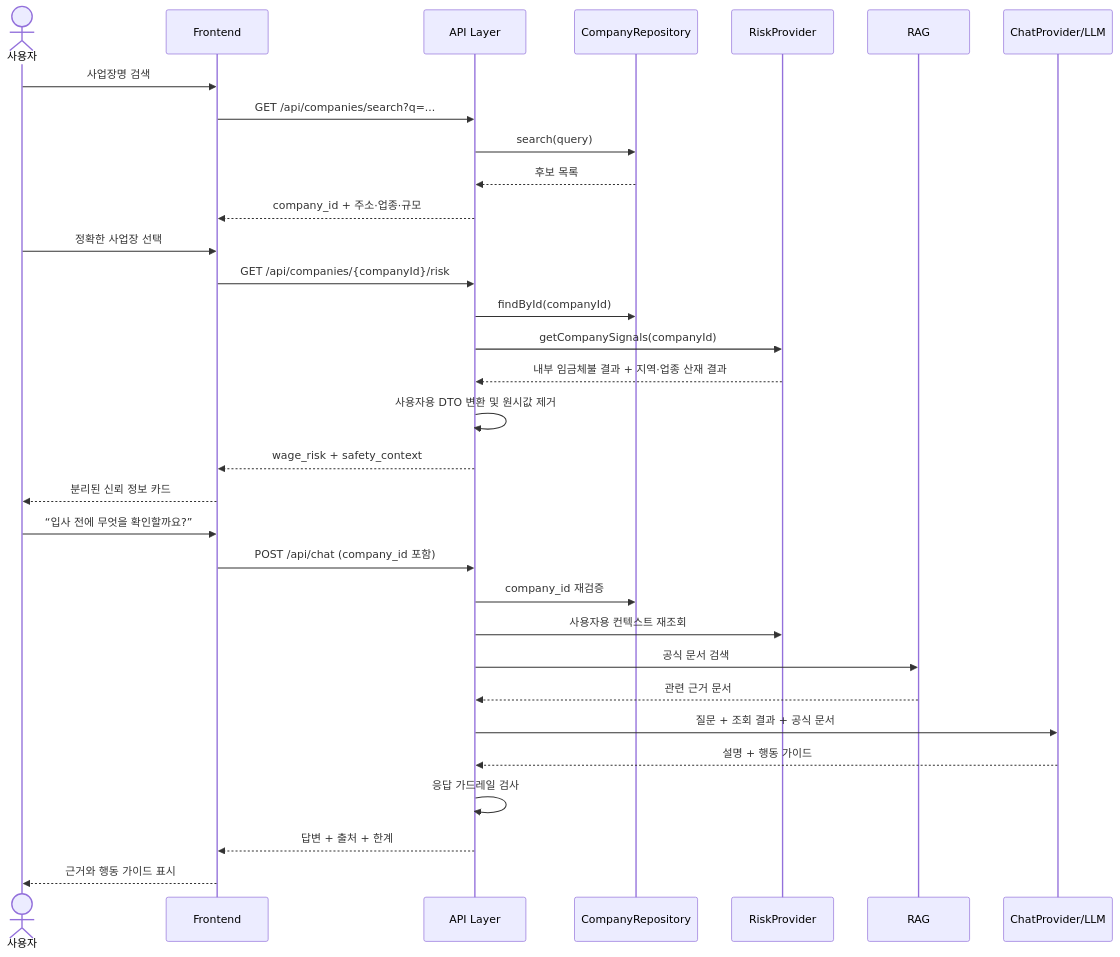
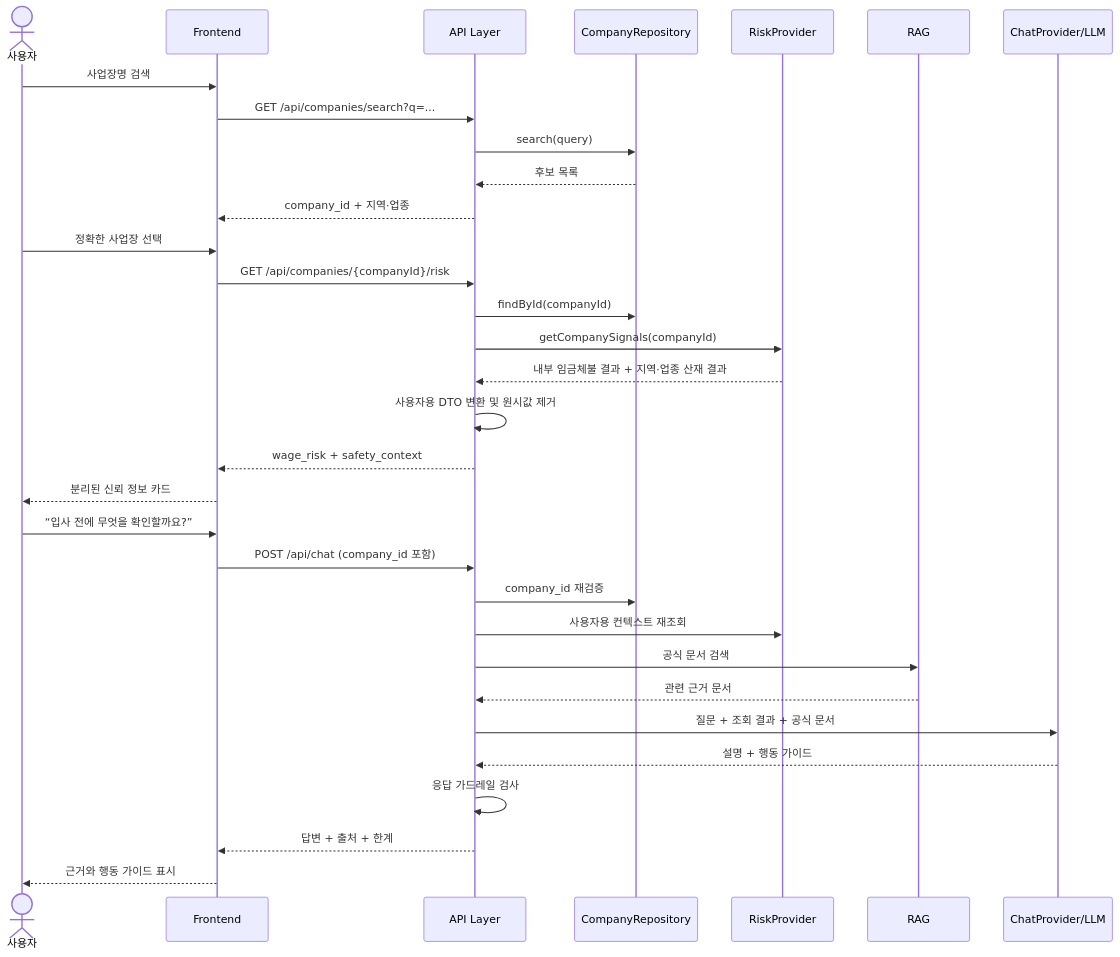
The second of 3 diagrams in product/docs/system-architecture.md (SeD-ShallweData/2nd_Side2026_Project), drawn with Mermaid before and after one commit. The commit also changed other lines of this file and 51 other files, not shown here.

````diff
--- a/product/docs/system-architecture.md
+++ b/product/docs/system-architecture.md
@@ -277,35 +279,35 @@
 ```mermaid
 sequenceDiagram
     actor U as 사용자
     participant F as Frontend
     participant A as API Layer
     participant C as CompanyRepository
     participant P as RiskProvider
     participant R as RAG
     participant L as ChatProvider/LLM
 
     U->>F: 사업장명 검색
     F->>A: GET /api/companies/search?q=...
     A->>C: search(query)
     C-->>A: 후보 목록
-    A-->>F: company_id + 주소·업종·규모
+    A-->>F: company_id + 지역·업종
     U->>F: 정확한 사업장 선택
     F->>A: GET /api/companies/{companyId}/risk
     A->>C: findById(companyId)
     A->>P: getCompanySignals(companyId)
     P-->>A: 내부 임금체불 결과 + 지역·업종 산재 결과
     A->>A: 사용자용 DTO 변환 및 원시값 제거
     A-->>F: wage_risk + safety_context
     F-->>U: 분리된 신뢰 정보 카드
     U->>F: “입사 전에 무엇을 확인할까요?”
     F->>A: POST /api/chat (company_id 포함)
     A->>C: company_id 재검증
     A->>P: 사용자용 컨텍스트 재조회
     A->>R: 공식 문서 검색
     R-->>A: 관련 근거 문서
     A->>L: 질문 + 조회 결과 + 공식 문서
     L-->>A: 설명 + 행동 가이드
     A->>A: 응답 가드레일 검사
     A-->>F: 답변 + 출처 + 한계
     F-->>U: 근거와 행동 가이드 표시
 ```
````
